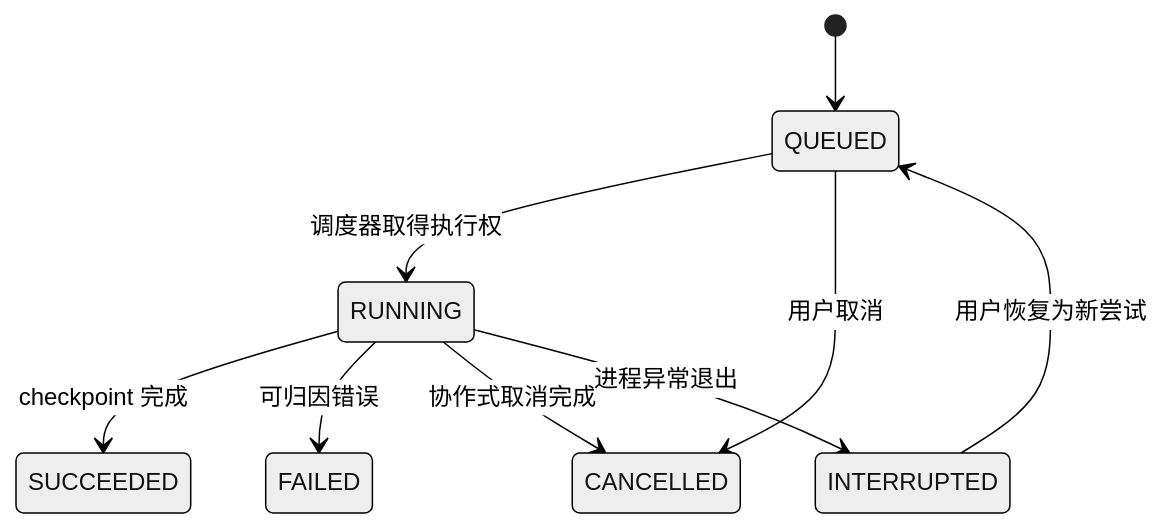
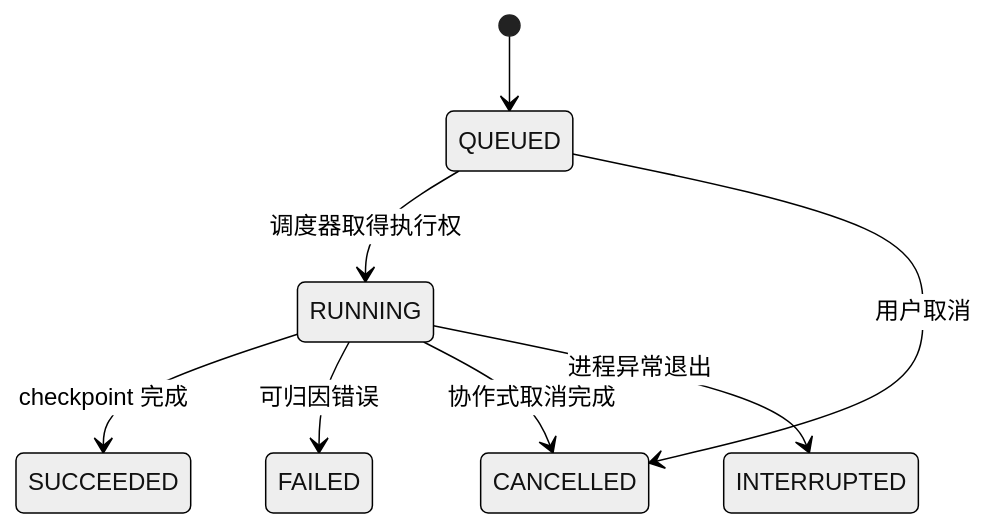
The fourth of 11 diagrams in docs/architecture/conversational-research-task-architecture.md (Knight-Jo/collection-agent), drawn with Mermaid (neutral theme) before and after one commit. The commit also changed other lines of this file and 1 other file, not shown here.

Commit message:
docs: refine conversational research architecture

````diff
--- a/docs/architecture/conversational-research-task-architecture.md
+++ b/docs/architecture/conversational-research-task-architecture.md
@@ -285,11 +391,10 @@
 ```mermaid
 stateDiagram-v2
     [*] --> QUEUED
     QUEUED --> RUNNING: 调度器取得执行权
     QUEUED --> CANCELLED: 用户取消
     RUNNING --> SUCCEEDED: checkpoint 完成
     RUNNING --> FAILED: 可归因错误
     RUNNING --> CANCELLED: 协作式取消完成
     RUNNING --> INTERRUPTED: 进程异常退出
-    INTERRUPTED --> QUEUED: 用户恢复为新尝试
 ```
````
